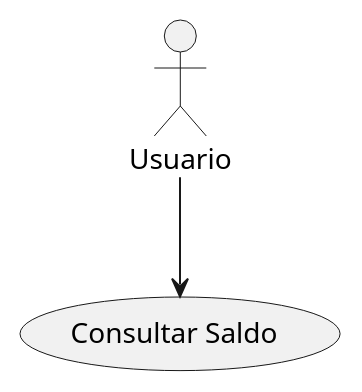
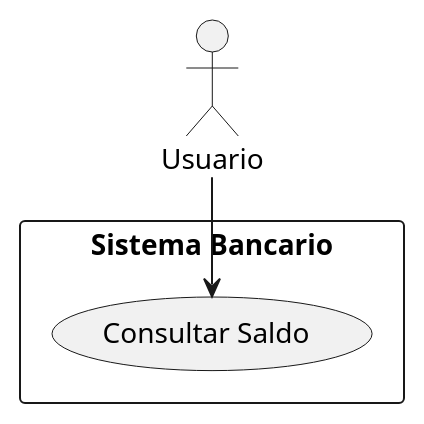
The second of 26 diagrams in Ingeniería del Software I/Materiales/Introducción casos de uso.md (gaaguirrer/Clases), drawn with PlantUML before and after one commit. The commit also changed other lines of this file and 14 other files, not shown here.

````diff
--- a/Ingeniería del Software I/Materiales/Introducción casos de uso.md
+++ b/Ingeniería del Software I/Materiales/Introducción casos de uso.md
@@ -58,5 +68,8 @@
 ```plantuml
 @startuml
+rectangle "Sistema Bancario" {
+    (Consultar Saldo)
+}
 Usuario --> (Consultar Saldo)
 @enduml
 ```
````
